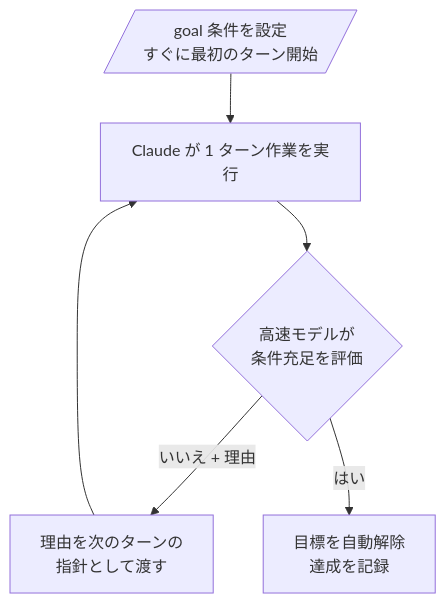
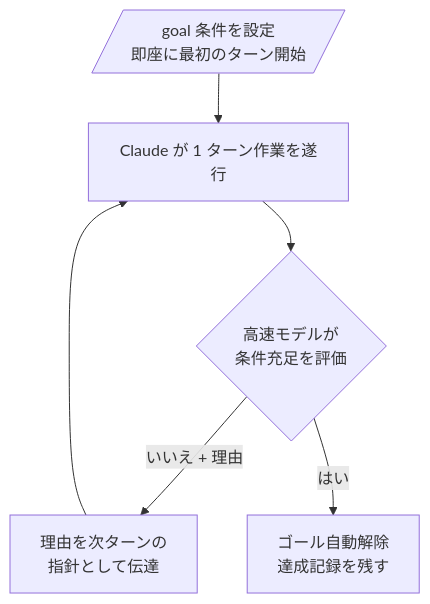
The diagram in docs-site/content/ja/claude-code/agentic/goal.md (modu-ai/moai-adk), drawn with Mermaid before and after one commit. The commit also changed other lines of this file and 395 other files, not shown here.

````diff
--- a/docs-site/content/ja/claude-code/agentic/goal.md
+++ b/docs-site/content/ja/claude-code/agentic/goal.md
@@ -33,8 +33,8 @@
 ```mermaid
 flowchart TD
-    A[/goal 条件を設定<br>すぐに最初のターン開始/] --> B[Claude が 1 ターン作業を実行]
+    A[/goal 条件を設定<br>即座に最初のターン開始/] --> B[Claude が 1 ターン作業を遂行]
     B --> C{高速モデルが<br>条件充足を評価}
-    C -->|いいえ + 理由| D[理由を次のターンの<br>指針として渡す]
+    C -->|いいえ + 理由| D[理由を次ターンの<br>指針として伝達]
     D --> B
-    C -->|はい| E[目標を自動解除<br>達成を記録]
+    C -->|はい| E[ゴール自動解除<br>達成記録を残す]
 ```
````
